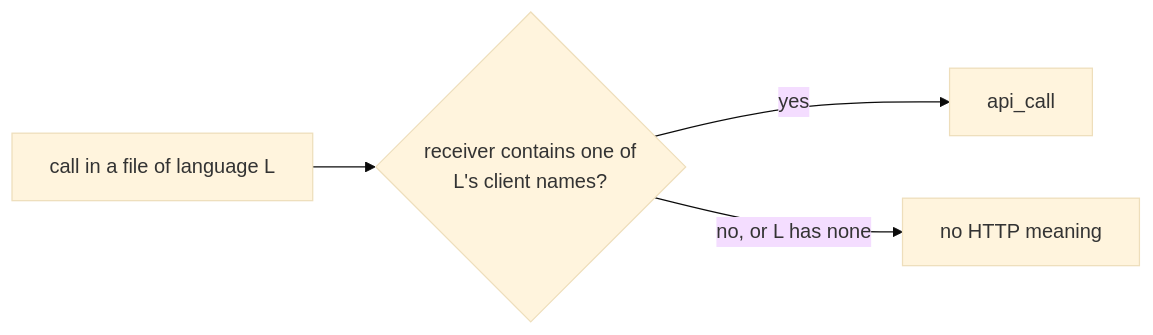
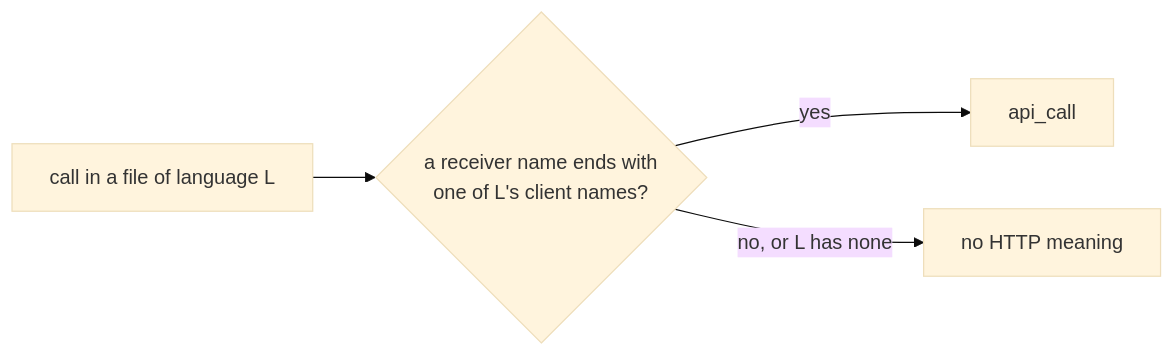
The third of 4 diagrams in docs/architecture/statement-model.md (accionlabs/breezeai-cog), drawn with Mermaid (base theme) before and after one commit. The commit also changed other lines of this file and 2 other files, not shown here.

First line of the commit message:
fix(detection): an HTTP client name counts only where it ends the receiver's name

````diff
--- a/docs/architecture/statement-model.md
+++ b/docs/architecture/statement-model.md
@@ -194,6 +202,6 @@
 ```mermaid
 flowchart LR
-  F["call in a file of language L"] --> H{"receiver contains one of<br/>L's client names?"}
+  F["call in a file of language L"] --> H{"a receiver name ends with<br/>one of L's client names?"}
   H -- yes --> API[api_call]
   H -- "no, or L has none" --> N[no HTTP meaning]
 ```
````
